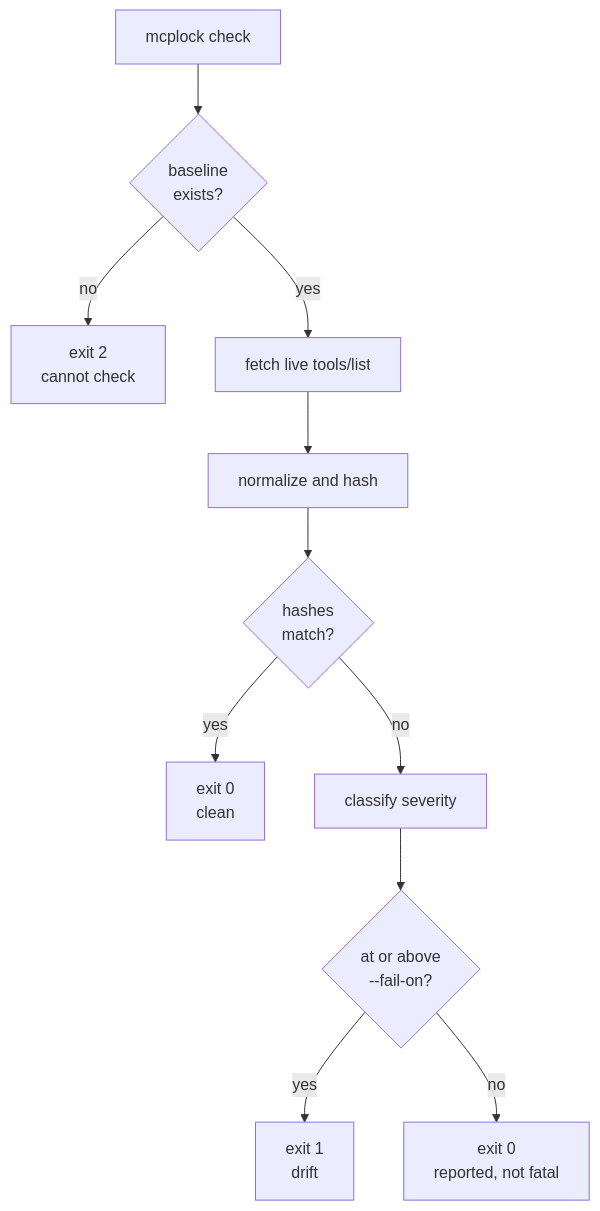
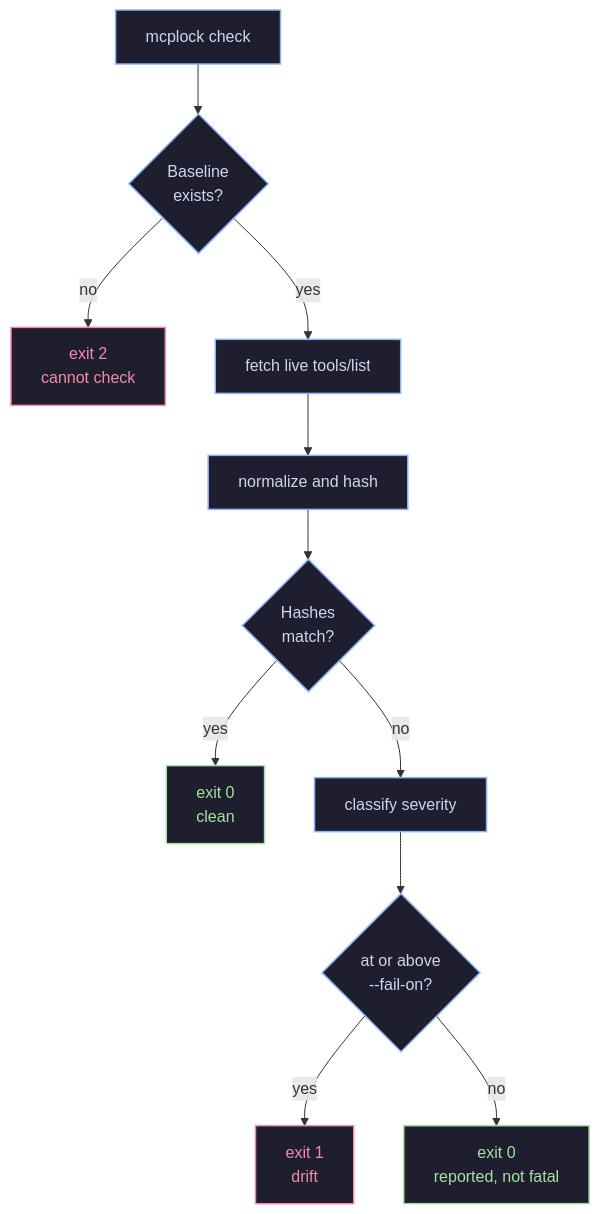
The second of 2 diagrams in README.md (yash161004/mcplock), drawn with Mermaid before and after one commit. The commit also changed other lines of this file and 7 other files, not shown here.

````diff
--- a/README.md
+++ b/README.md
@@ -109,13 +134,22 @@
 ```mermaid
 flowchart TD
-    A["mcplock check"] --> B{"baseline<br/>exists?"}
+    classDef default fill:#1e1e2e,stroke:#89b4fa,stroke-width:1.5px,color:#cdd6f4;
+    classDef success fill:#1e1e2e,stroke:#a6e3a1,stroke-width:1.5px,color:#a6e3a1;
+    classDef danger fill:#1e1e2e,stroke:#f38ba8,stroke-width:1.5px,color:#f38ba8;
+
+    A["mcplock check"] --> B{"Baseline<br/>exists?"}
     B -->|no| C["exit 2<br/>cannot check"]
     B -->|yes| D["fetch live tools/list"]
     D --> E["normalize and hash"]
-    E --> F{"hashes<br/>match?"}
+    E --> F{"Hashes<br/>match?"}
     F -->|yes| G["exit 0<br/>clean"]
     F -->|no| H["classify severity"]
     H --> I{"at or above<br/>--fail-on?"}
     I -->|yes| J["exit 1<br/>drift"]
     I -->|no| K["exit 0<br/>reported, not fatal"]
+
+    class C danger;
+    class J danger;
+    class G success;
+    class K success;
 ```
````
